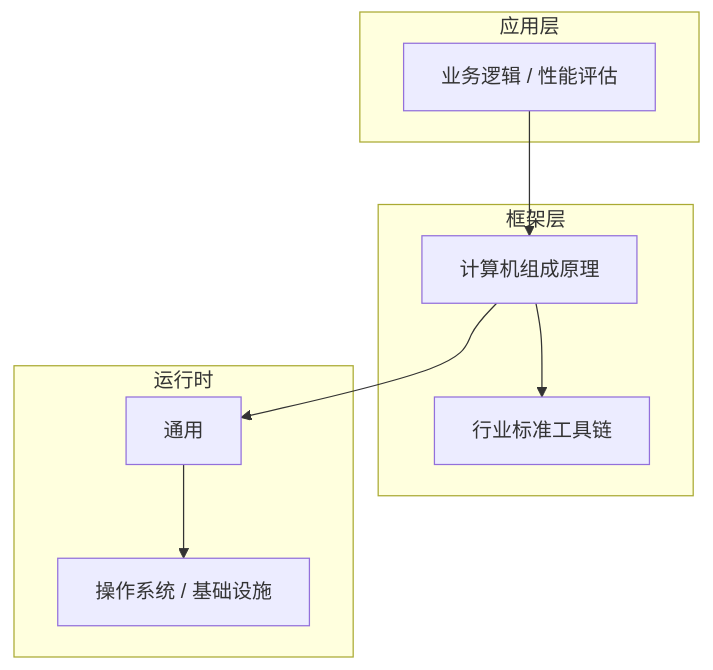
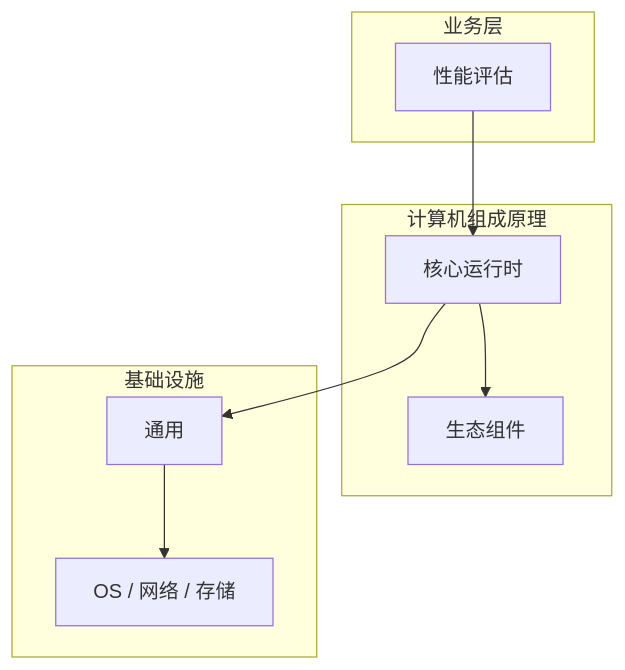
One commit to yanggan2015/knowledge-json-v2 changed the diagram in articles/计算机组成原理/chapters/091-性能评估核心概念与原理.md. Above: the diagram before and after it, drawn with Mermaid. The commit also changed other lines of this file and 10127 other files, not shown here.

````diff
--- a/articles/计算机组成原理/chapters/091-性能评估核心概念与原理.md
+++ b/articles/计算机组成原理/chapters/091-性能评估核心概念与原理.md
@@ -45,18 +34,18 @@
 ```mermaid
 graph TB
-    subgraph 应用层
-        A[业务逻辑 / 性能评估]
+    subgraph 业务层
+        A[性能评估]
     end
-    subgraph 框架层
-        B[计算机组成原理]
-        C[行业标准工具链]
+    subgraph 计算机组成原理
+        B[核心运行时]
+        C[生态组件]
     end
-    subgraph 运行时
+    subgraph 基础设施
         D[通用]
-        E[操作系统 / 基础设施]
+        E[OS / 网络 / 存储]
     end
     A --> B
     B --> C
     B --> D
     D --> E
 ```
````
